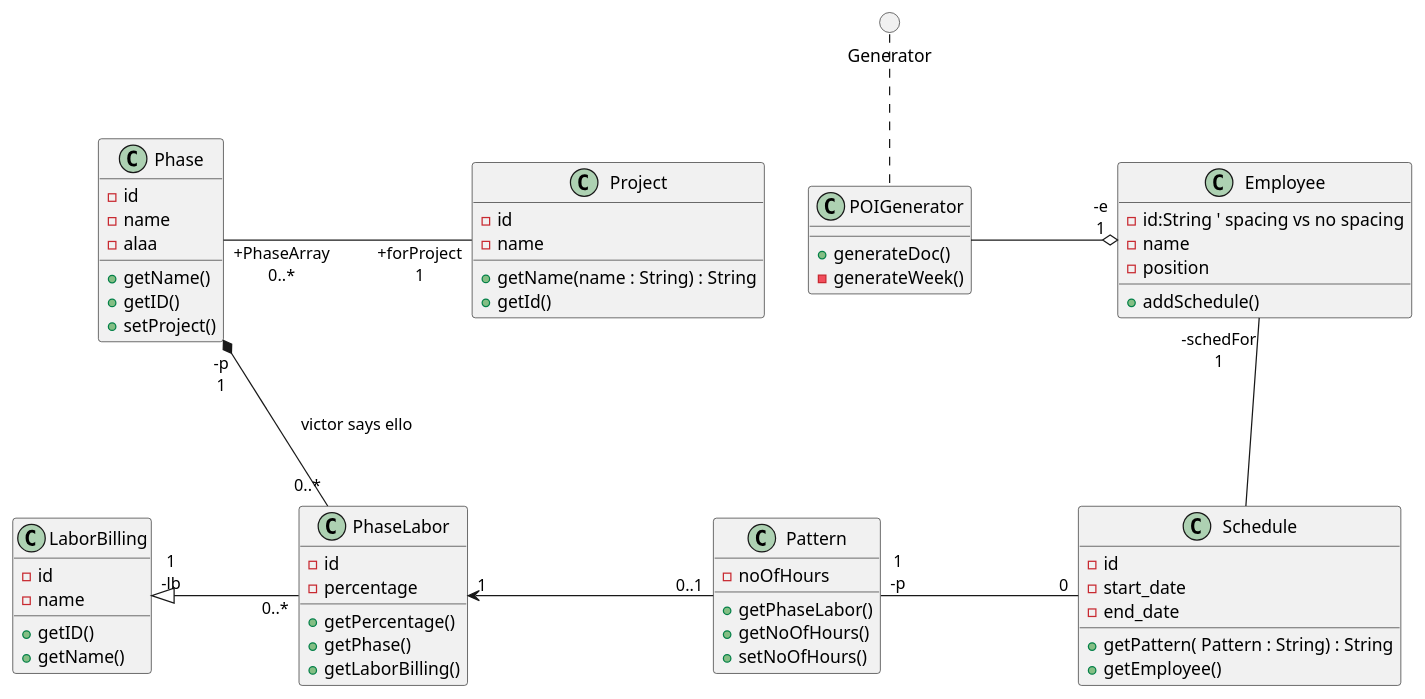
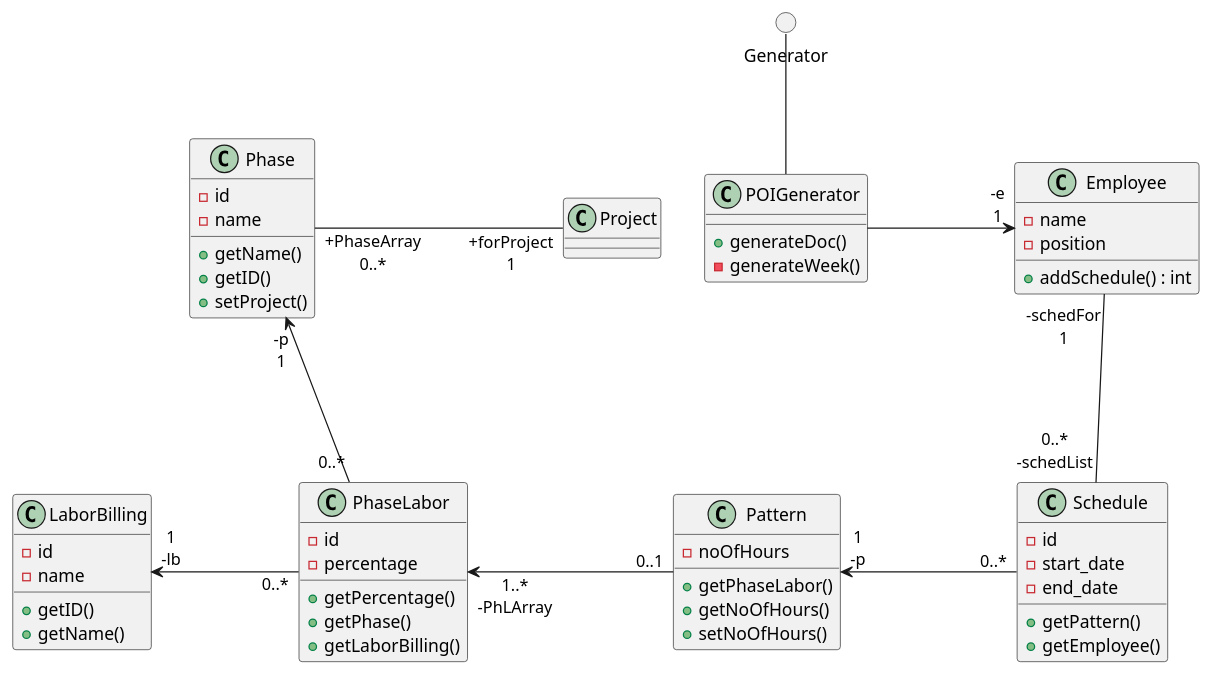
The diagram in artefacts/scripts/g4.puml (sh4r10/thesis-autogen-classdiagrams), drawn with PlantUML before and after one commit. The commit also changed 4 other files, not shown here.

```diff
--- a/artefacts/scripts/g4.puml
+++ b/artefacts/scripts/g4.puml
@@ -1,72 +1,66 @@
 @startuml
 ' Class declarations
-class Project {
-  - id
-  - name
-  + getName(name : String) : String
-  + getId()
-}
+' project class removed, major fn
 
 class Phase {
   - id
   - name
-  - alaa
   + getName()
   + getID()
   + setProject()
 }
 
 class POIGenerator {
   + generateDoc()
   - generateWeek()
 }
-
+' id removed, moderate fn
+' return type added, minor fp
 class Employee {
-  - id:String ' spacing vs no spacing
   - name
   - position 
-  + addSchedule()
+  + addSchedule() : int
 }
 
 class Schedule {
   - id 
   - start_date
   - end_date
-  + getPattern( Pattern : String) : String
+  + getPattern()
   + getEmployee()
 }
 
 class Pattern {
   - noOfHours
   + getPhaseLabor()
   + getNoOfHours()
   + setNoOfHours()
 }
 
 class PhaseLabor {
   - id 
   - percentage
   + getPercentage()
   + getPhase()
   + getLaborBilling()
 }
 
 class LaborBilling {
   - id 
   - name
   + getID()
   + getName()
 }
 
 circle Generator
 
 ' Relationships
 Project "+forProject\n1" -l-  "+PhaseArray\n0..*" Phase : \t\t\t\t\t\t
-Generator .d. POIGenerator
-POIGenerator -r--o "-e\n1" Employee: \t\t\t
-Employee "-schedFor\n1" -d-  Schedule: \n\n\n
-Schedule "0" -l- "1\n-p" Pattern: \t\t\t
-Pattern "0..1" -l-> "1" PhaseLabor: \t\t\t
-PhaseLabor "0..*" -l-|> "1\n-lb" LaborBilling: \t\t\t
-PhaseLabor "0..*" -u-* "-p\n1" Phase: victor says ello
+Generator -d- POIGenerator
+POIGenerator -r--> "-e\n1" Employee: \t\t\t
+Employee "-schedFor\n1" -d- "0..*\n-schedList" Schedule: \n\n\n
+Schedule "0..*" -l-> "1\n-p" Pattern: \t\t\t
+Pattern "0..1" -l-> "1..*\n-PhLArray" PhaseLabor: \t\t\t
+PhaseLabor "0..*" -l-> "1\n-lb" LaborBilling: \t\t\t
+PhaseLabor "0..*" -u-> "-p\n1" Phase
 @enduml
```
